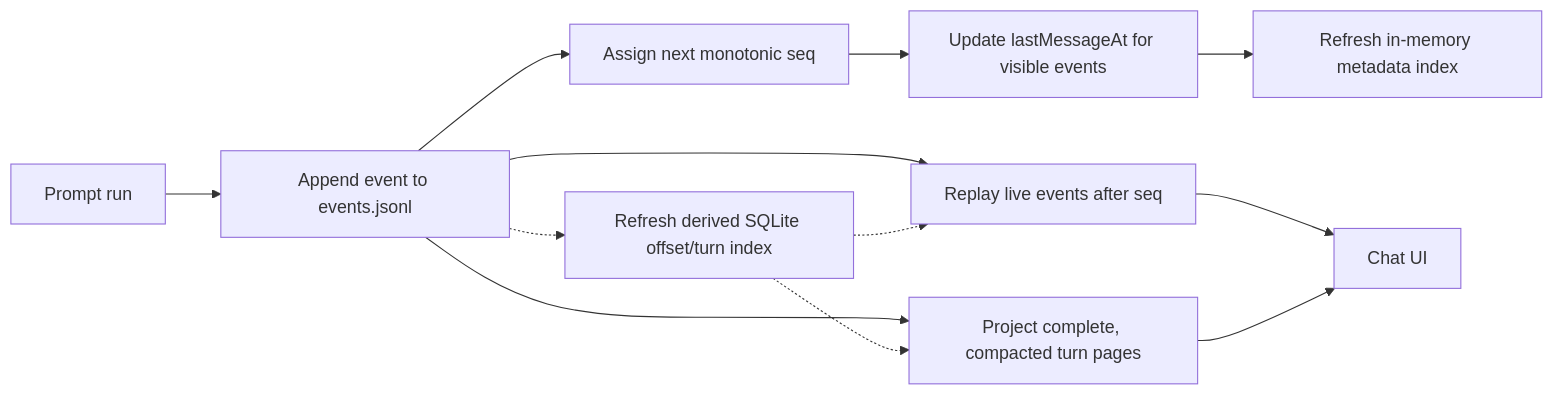
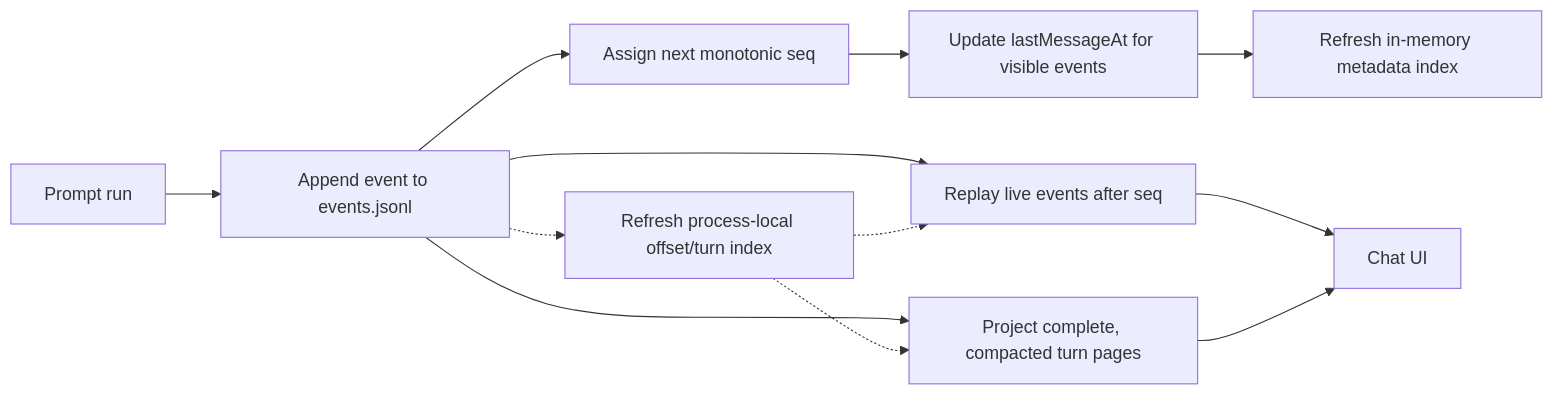
The second of 4 diagrams in docs/03-platform/07-data-and-frontend-state.md (AbdallahMohamedDotnet/remote.futrx), drawn with Mermaid before and after one commit. The commit also changed other lines of this file and 10 other files, not shown here.

Commit message:
refactor(chat): replace sqlite transcript index

````diff
--- a/docs/03-platform/07-data-and-frontend-state.md
+++ b/docs/03-platform/07-data-and-frontend-state.md
@@ -105,14 +104,14 @@
 ```mermaid
 flowchart LR
     Run["Prompt run"] --> Append["Append event to events.jsonl"]
     Append --> Seq["Assign next monotonic seq"]
     Seq --> Meta["Update lastMessageAt for visible events"]
     Meta --> Cache["Refresh in-memory metadata index"]
-    Append -.-> Index["Refresh derived SQLite offset/turn index"]
+    Append -.-> Index["Refresh process-local offset/turn index"]
     Append --> Replay["Replay live events after seq"]
     Append --> Transcript["Project complete, compacted turn pages"]
     Index -.-> Replay
     Index -.-> Transcript
     Replay --> Client["Chat UI"]
     Transcript --> Client
 ```
````
